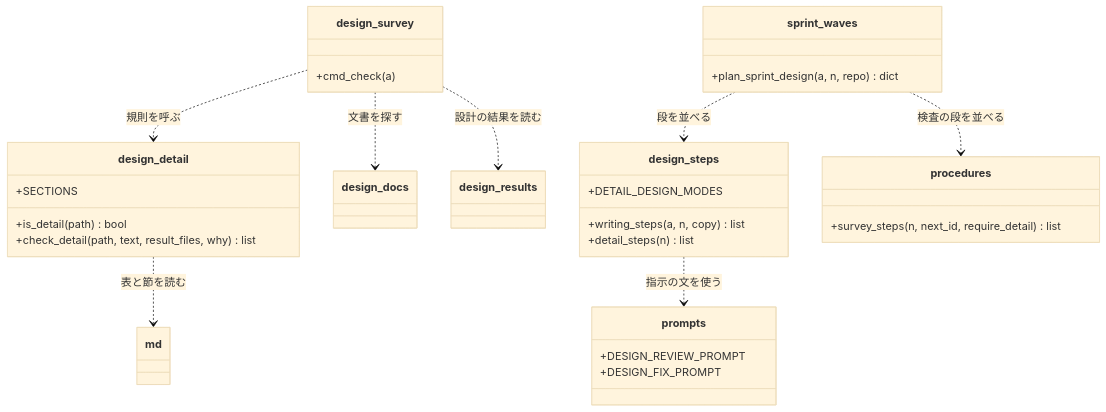
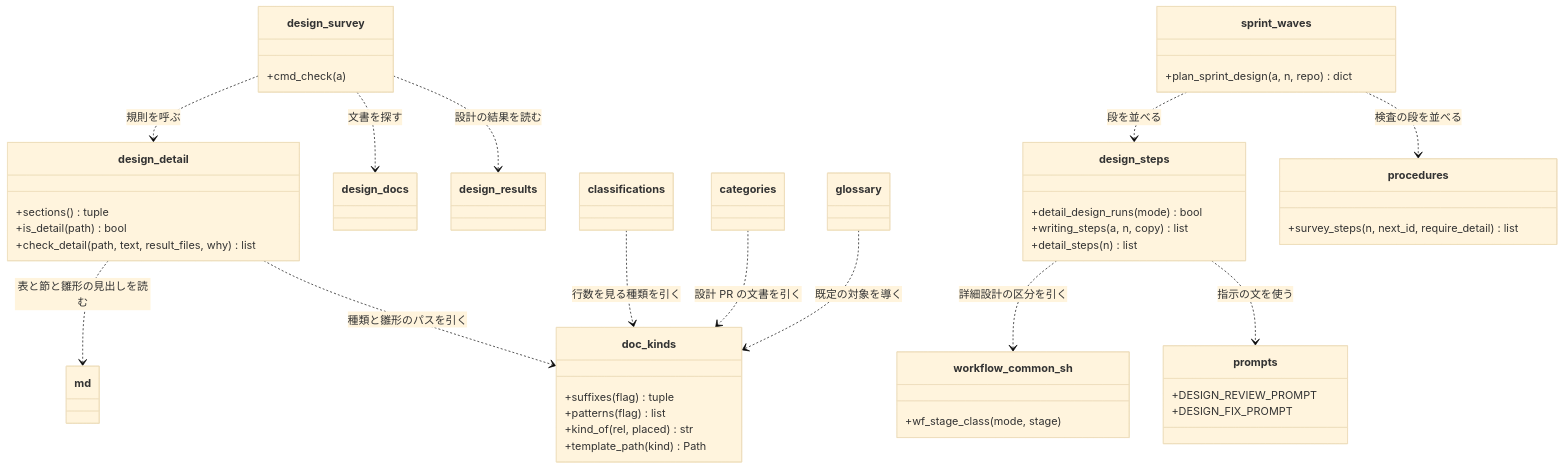
The second of 3 diagrams in issues/issue-3144-design.md (devbasex/ai-plugins), drawn with Mermaid (base theme) before and after one commit. The commit also changed other lines of this file and 1 other file, not shown here.

````diff
--- a/issues/issue-3144-design.md
+++ b/issues/issue-3144-design.md
@@ -192,35 +199,52 @@
 ```mermaid
 classDiagram
+    class doc_kinds {
+        +suffixes(flag) tuple
+        +patterns(flag) list
+        +kind_of(rel, placed) str
+        +template_path(kind) Path
+    }
     class design_detail {
-        +SECTIONS
+        +sections() tuple
         +is_detail(path) bool
         +check_detail(path, text, result_files, why) list
     }
     class design_survey {
         +cmd_check(a)
     }
     class md
     class design_docs
     design_survey ..> design_detail: 規則を呼ぶ
-    design_detail ..> md: 表と節を読む
+    design_detail ..> md: 表と節と雛形の見出しを読む
+    design_detail ..> doc_kinds: 種類と雛形のパスを引く
     design_survey ..> design_docs: 文書を探す
     design_survey ..> design_results: 設計の結果を読む
+    class classifications
+    class categories
+    class glossary
+    classifications ..> doc_kinds: 行数を見る種類を引く
+    categories ..> doc_kinds: 設計 PR の文書を引く
+    glossary ..> doc_kinds: 既定の対象を導く
     class design_steps {
-        +DETAIL_DESIGN_MODES
+        +detail_design_runs(mode) bool
         +writing_steps(a, n, copy) list
         +detail_steps(n) list
     }
+    class workflow_common_sh {
+        +wf_stage_class(mode, stage)
+    }
+    design_steps ..> workflow_common_sh: 詳細設計の区分を引く
     class prompts {
         +DESIGN_REVIEW_PROMPT
         +DESIGN_FIX_PROMPT
     }
     class procedures {
         +survey_steps(n, next_id, require_detail) list
     }
     class sprint_waves {
         +plan_sprint_design(a, n, repo) dict
     }
     sprint_waves ..> design_steps: 段を並べる
     sprint_waves ..> procedures: 検査の段を並べる
     design_steps ..> prompts: 指示の文を使う
 ```
````
